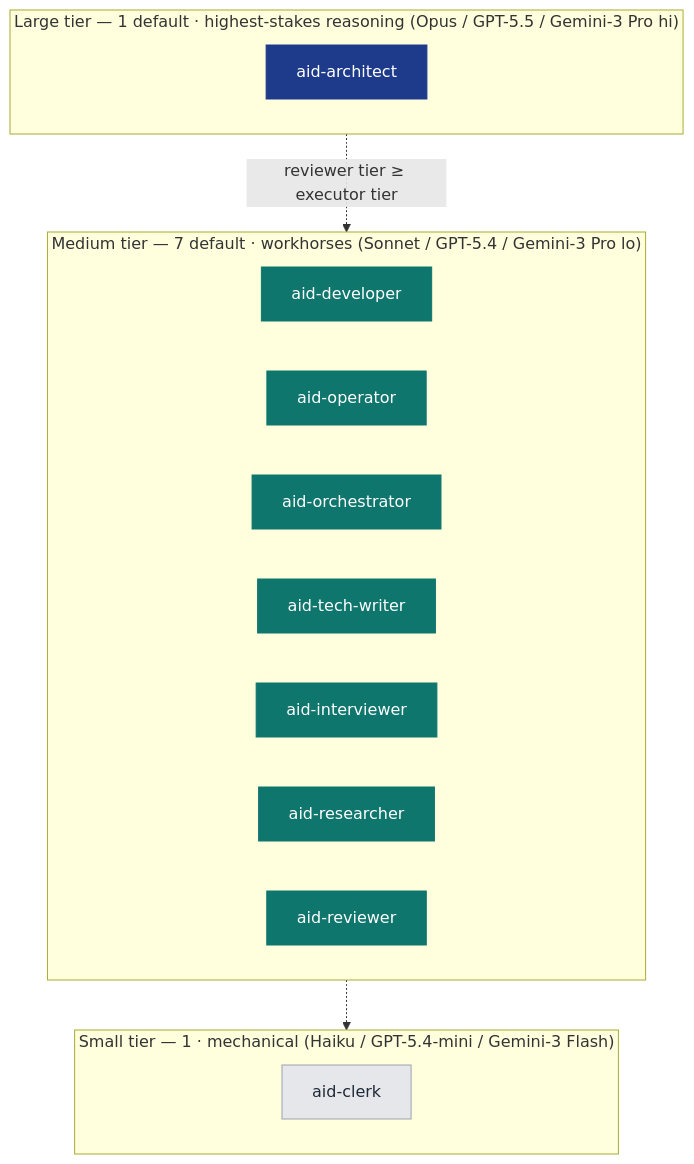
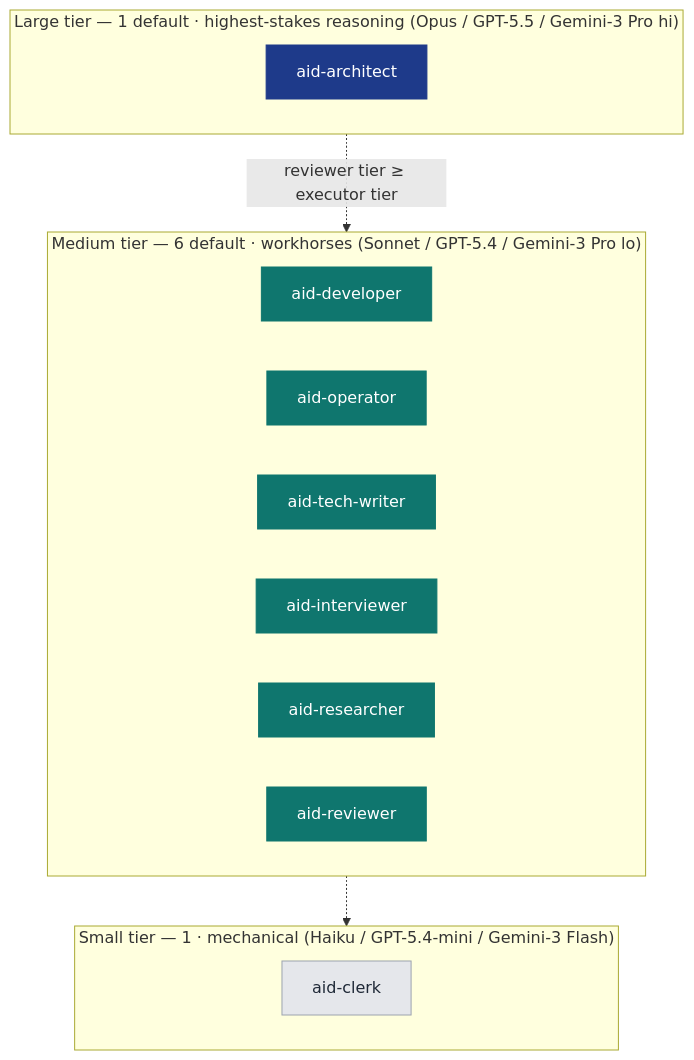
The fifth of 7 diagrams in docs/aid-methodology.md (AndreVianna/aid-methodology), drawn with Mermaid before and after one commit. The commit also changed other lines of this file and 17 other files, not shown here.

````diff
--- a/docs/aid-methodology.md
+++ b/docs/aid-methodology.md
@@ -794,26 +793,25 @@
 ```mermaid
 flowchart TB
     classDef large fill:#1E3A8A,stroke:#1E3A8A,color:#ffffff
     classDef med   fill:#0F766E,stroke:#0F766E,color:#ffffff
     classDef small fill:#E5E7EB,stroke:#9CA3AF,color:#1F2937
 
     subgraph L["Large tier — 1 default · highest-stakes reasoning (Opus / GPT-5.5 / Gemini-3 Pro hi)"]
         direction LR
         LB["aid-architect"]:::large
     end
-    subgraph M["Medium tier — 7 default · workhorses (Sonnet / GPT-5.4 / Gemini-3 Pro lo)"]
+    subgraph M["Medium tier — 6 default · workhorses (Sonnet / GPT-5.4 / Gemini-3 Pro lo)"]
         direction LR
         MA["aid-developer"]:::med
         MB["aid-operator"]:::med
-        MC["aid-orchestrator"]:::med
         MD["aid-tech-writer"]:::med
         ME["aid-interviewer"]:::med
         MF["aid-researcher"]:::med
         MG["aid-reviewer"]:::med
     end
     subgraph S["Small tier — 1 · mechanical (Haiku / GPT-5.4-mini / Gemini-3 Flash)"]
         direction LR
         SA["aid-clerk"]:::small
     end
     L -. "reviewer tier ≥ executor tier" .-> M -.-> S
 ```
````
